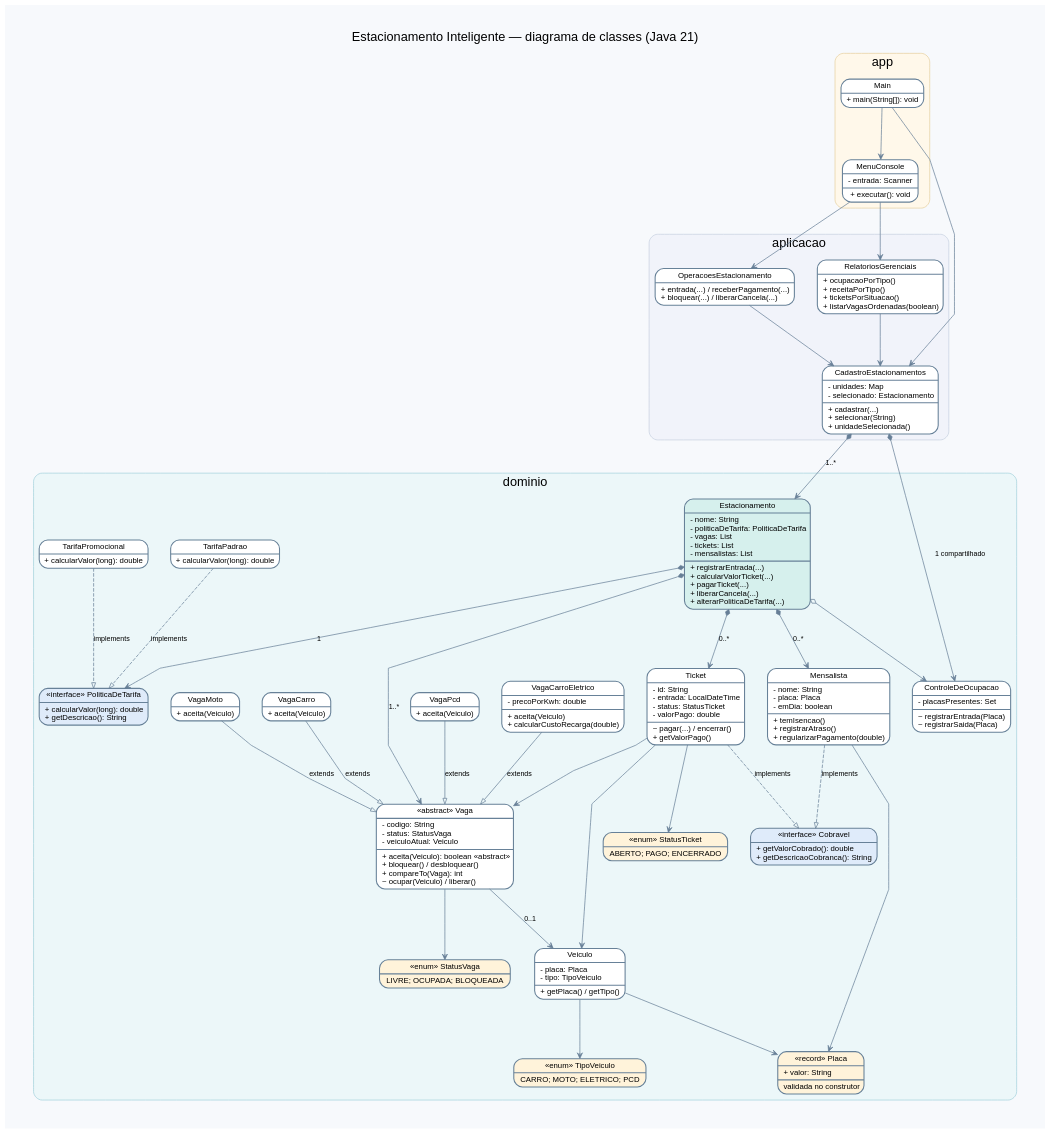
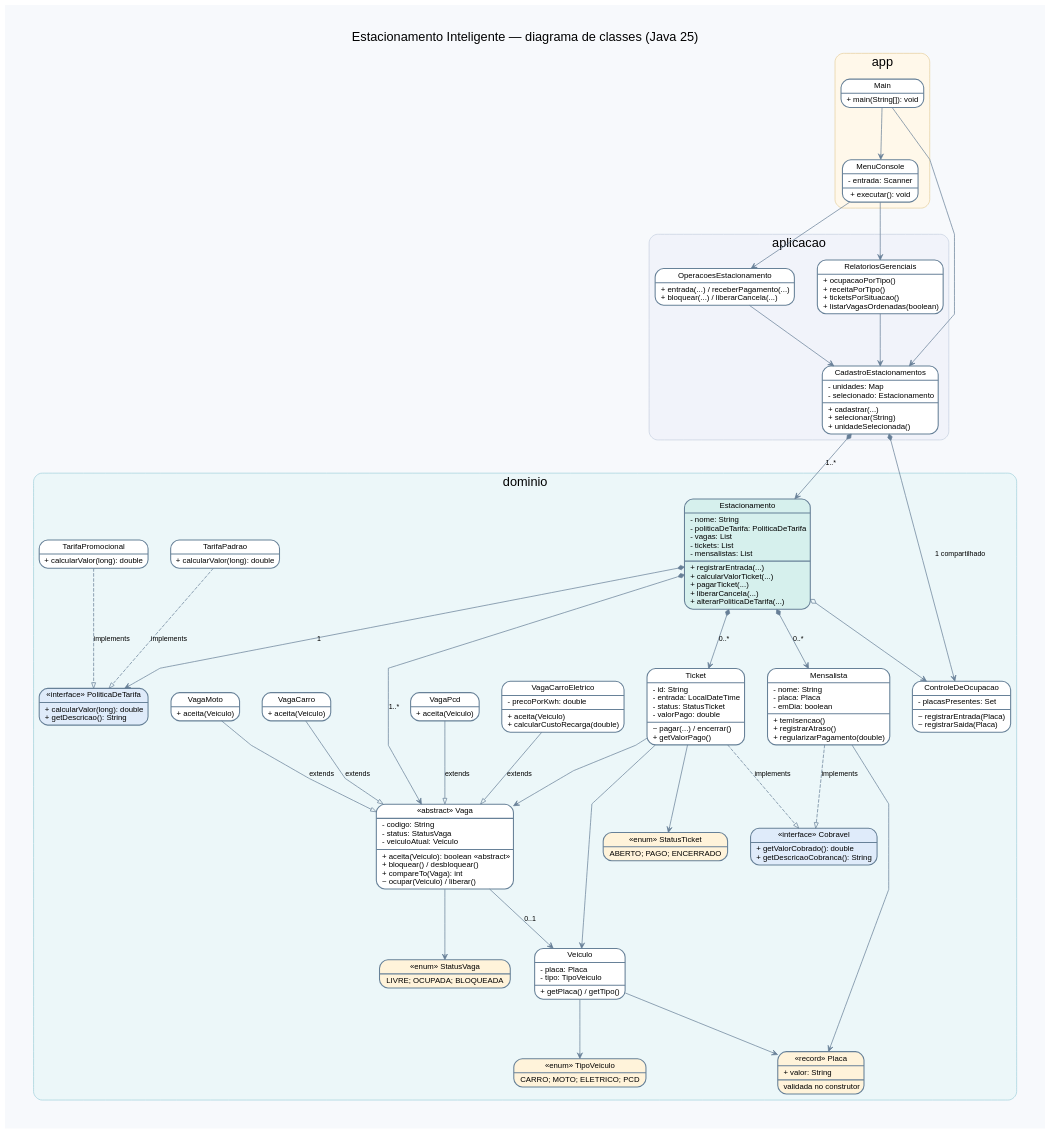
One commit to felipeperes-softwareeng/estacionamento-inteligente changed the diagram in docs/diagrama-classes.dot. Above: the diagram before and after it, drawn with Graphviz.

Commit message:
Update class diagram label for Java version

```diff
--- a/docs/diagrama-classes.dot
+++ b/docs/diagrama-classes.dot
@@ -1,68 +1,68 @@
 digraph Modelo {
- graph [fontname="Arial",fontsize=18,label="Estacionamento Inteligente — diagrama de classes (Java 21)",labelloc=t,
+ graph [fontname="Arial",fontsize=18,label="Estacionamento Inteligente — diagrama de classes (Java 25)",labelloc=t,
         rankdir=TB,ranksep=1.0,nodesep=0.45,pad=0.45,splines=polyline,bgcolor="#F7F9FC",compound=true];
  node [shape=record,fontname="Arial",fontsize=11,style="rounded,filled",fillcolor="#FFFFFF",color="#678198",penwidth=1.5];
  edge [color="#667E96",fontname="Arial",fontsize=10,arrowsize=0.8];
 
  subgraph cluster_dom {
   label="dominio";color="#A1D1DC";style="rounded,filled";fillcolor="#ECF7F9";
   Vaga [label="{«abstract» Vaga|- codigo: String\l- status: StatusVaga\l- veiculoAtual: Veiculo\l|+ aceita(Veiculo): boolean «abstract»\l+ bloquear() / desbloquear()\l+ compareTo(Vaga): int\l~ ocupar(Veiculo) / liberar()\l}"];
   VagaCarro [label="{VagaCarro|+ aceita(Veiculo)}"];
   VagaMoto [label="{VagaMoto|+ aceita(Veiculo)}"];
   VagaEletrica [label="{VagaCarroEletrico|- precoPorKwh: double\l|+ aceita(Veiculo)\l+ calcularCustoRecarga(double)\l}"];
   VagaPcd [label="{VagaPcd|+ aceita(Veiculo)}"];
   Veiculo [label="{Veiculo|- placa: Placa\l- tipo: TipoVeiculo\l|+ getPlaca() / getTipo()\l}"];
   Placa [label="{«record» Placa|+ valor: String\l|validada no construtor\l}",fillcolor="#FFF3DA"];
   TipoVeiculo [label="{«enum» TipoVeiculo|CARRO; MOTO; ELETRICO; PCD}",fillcolor="#FFF3DA"];
   StatusTicket [label="{«enum» StatusTicket|ABERTO; PAGO; ENCERRADO}",fillcolor="#FFF3DA"];
   StatusVaga [label="{«enum» StatusVaga|LIVRE; OCUPADA; BLOQUEADA}",fillcolor="#FFF3DA"];
   Politica [label="{«interface» PoliticaDeTarifa|+ calcularValor(long): double\l+ getDescricao(): String\l}",fillcolor="#DFEBFA"];
   Padrao [label="{TarifaPadrao|+ calcularValor(long): double}"];
   Promocional [label="{TarifaPromocional|+ calcularValor(long): double}"];
   Cobravel [label="{«interface» Cobravel|+ getValorCobrado(): double\l+ getDescricaoCobranca(): String\l}",fillcolor="#DFEBFA"];
   Mensalista [label="{Mensalista|- nome: String\l- placa: Placa\l- emDia: boolean\l|+ temIsencao()\l+ registrarAtraso()\l+ regularizarPagamento(double)\l}"];
   Ticket [label="{Ticket|- id: String\l- entrada: LocalDateTime\l- status: StatusTicket\l- valorPago: double\l|~ pagar(...) / encerrar()\l+ getValorPago()\l}"];
   Estacionamento [label="{Estacionamento|- nome: String\l- politicaDeTarifa: PoliticaDeTarifa\l- vagas: List\l- tickets: List\l- mensalistas: List\l|+ registrarEntrada(...)\l+ calcularValorTicket(...)\l+ pagarTicket(...)\l+ liberarCancela(...)\l+ alterarPoliticaDeTarifa(...)\l}",fillcolor="#D6F0ED"];
   Ocupacao [label="{ControleDeOcupacao|- placasPresentes: Set\l|~ registrarEntrada(Placa)\l~ registrarSaida(Placa)\l}"];
  }
  subgraph cluster_apl {
   label="aplicacao";color="#C7D0E0";style="rounded,filled";fillcolor="#F1F3FA";
   Cadastro [label="{CadastroEstacionamentos|- unidades: Map\l- selecionado: Estacionamento\l|+ cadastrar(...)\l+ selecionar(String)\l+ unidadeSelecionada()\l}"];
   Operacoes [label="{OperacoesEstacionamento|+ entrada(...) / receberPagamento(...)\l+ bloquear(...) / liberarCancela(...)\l}"];
   Relatorios [label="{RelatoriosGerenciais|+ ocupacaoPorTipo()\l+ receitaPorTipo()\l+ ticketsPorSituacao()\l+ listarVagasOrdenadas(boolean)\l}"];
  }
  subgraph cluster_app {
   label="app";color="#E6CF9D";style="rounded,filled";fillcolor="#FFF8EA";
   Main [label="{Main|+ main(String[]): void}"];
   Menu [label="{MenuConsole|- entrada: Scanner\l|+ executar(): void}"];
  }
  VagaCarro -> Vaga [arrowhead=empty,label="extends"];
  VagaMoto -> Vaga [arrowhead=empty,label="extends"];
  VagaEletrica -> Vaga [arrowhead=empty,label="extends"];
  VagaPcd -> Vaga [arrowhead=empty,label="extends"];
  Padrao -> Politica [arrowhead=empty,style=dashed,label="implements"];
  Promocional -> Politica [arrowhead=empty,style=dashed,label="implements"];
  Ticket -> Cobravel [arrowhead=empty,style=dashed,label="implements"];
  Mensalista -> Cobravel [arrowhead=empty,style=dashed,label="implements"];
  Vaga -> Veiculo [arrowhead=vee,label="0..1"];
  Vaga -> StatusVaga [arrowhead=vee];
  Veiculo -> Placa [arrowhead=vee];
  Veiculo -> TipoVeiculo [arrowhead=vee];
  Mensalista -> Placa [arrowhead=vee];
  Ticket -> Veiculo [arrowhead=vee];
  Ticket -> Vaga [arrowhead=vee];
  Ticket -> StatusTicket [arrowhead=vee];
  Estacionamento -> Vaga [arrowtail=diamond,dir=both,arrowhead=vee,label="1..*"];
  Estacionamento -> Ticket [arrowtail=diamond,dir=both,arrowhead=vee,label="0..*"];
  Estacionamento -> Mensalista [arrowtail=diamond,dir=both,arrowhead=vee,label="0..*"];
  Estacionamento -> Politica [arrowtail=diamond,dir=both,arrowhead=vee,label="1"];
  Estacionamento -> Ocupacao [arrowtail=odiamond,dir=both,arrowhead=vee];
  Cadastro -> Estacionamento [arrowtail=diamond,dir=both,arrowhead=vee,label="1..*"];
  Cadastro -> Ocupacao [arrowtail=diamond,dir=both,arrowhead=vee,label="1 compartilhado"];
  Operacoes -> Cadastro [arrowhead=vee];
  Relatorios -> Cadastro [arrowhead=vee];
  Main -> Cadastro [arrowhead=vee];
  Main -> Menu [arrowhead=vee];
  Menu -> Operacoes [arrowhead=vee];
  Menu -> Relatorios [arrowhead=vee];
 }
```
